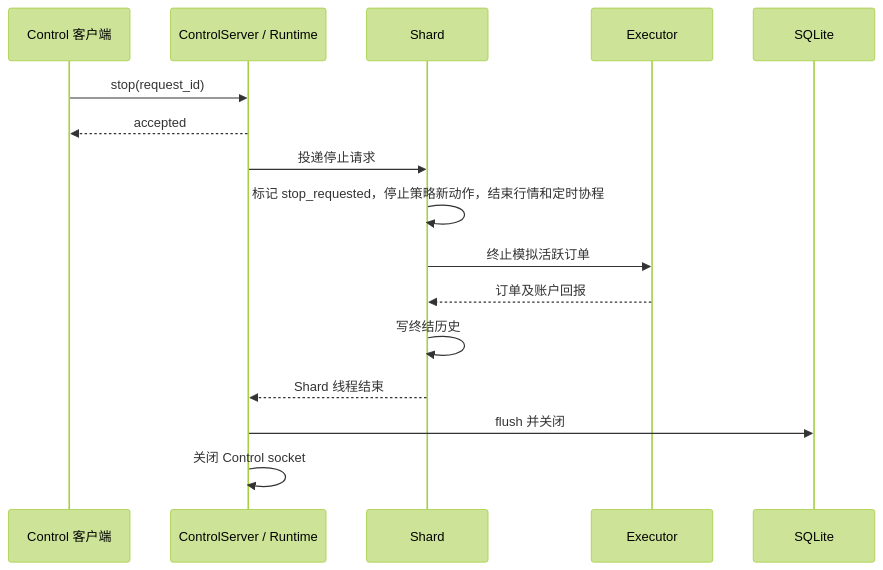
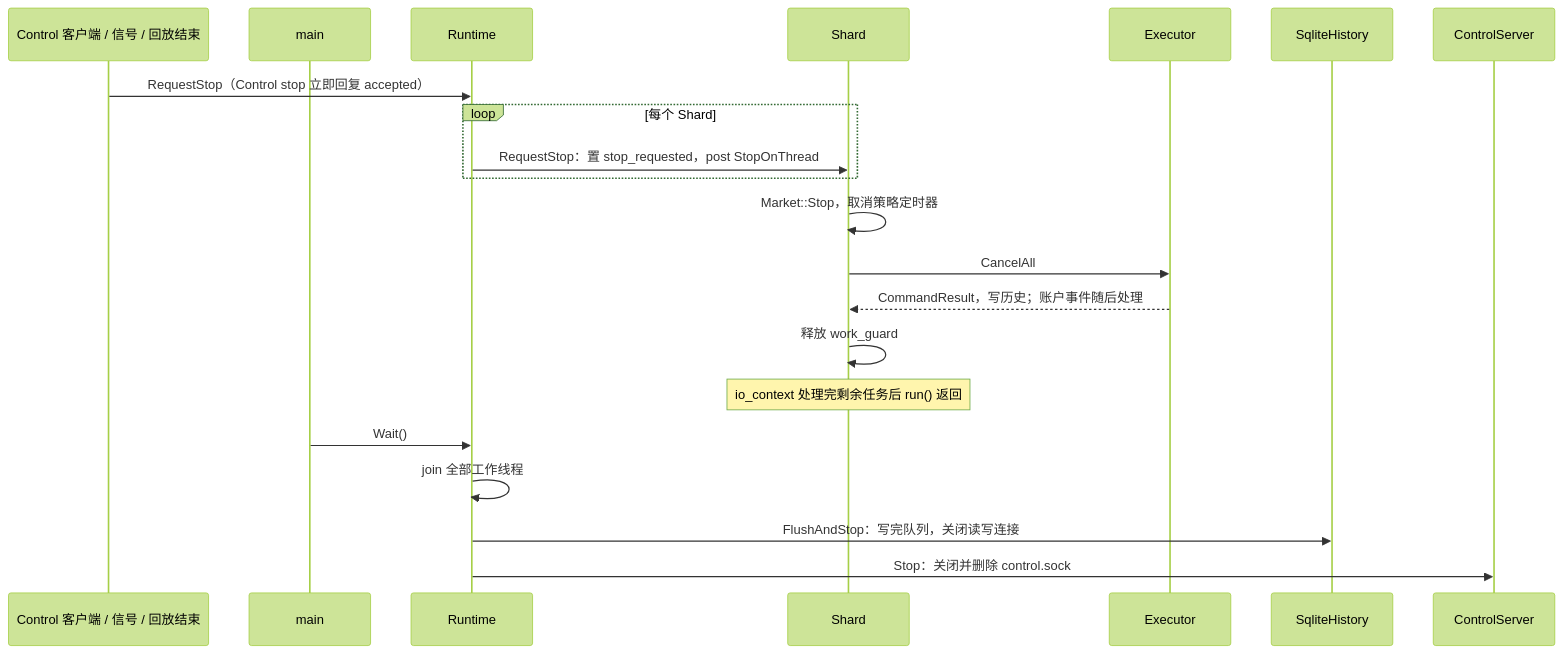
Before and after one commit to larrystd/hbot-quant: diagram 12 of 12 in docs/DESIGN.md, drawn with Mermaid (forest theme). The commit also changed other lines of this file and 57 other files, not shown here.

```diff
--- a/docs/DESIGN.md
+++ b/docs/DESIGN.md
@@ -484,18 +883,23 @@
 ~~~mermaid
 sequenceDiagram
-    participant C as Control 客户端
-    participant A as ControlServer / Runtime
+    participant C as Control 客户端 / 信号 / 回放结束
+    participant Main as main
+    participant R as Runtime
     participant S as Shard
     participant E as Executor
-    participant D as SQLite
-    C->>A: stop(request_id)
-    A-->>C: accepted
-    A->>S: 投递停止请求
-    S->>S: 标记 stop_requested，停止策略新动作，结束行情和定时协程
-    S->>E: 终止模拟活跃订单
-    E-->>S: 订单及账户回报
-    S->>S: 写终结历史
-    S-->>A: Shard 线程结束
-    A->>D: flush 并关闭
-    A->>A: 关闭 Control socket
+    participant H as SqliteHistory
+    participant CS as ControlServer
+    C->>R: RequestStop（Control stop 立即回复 accepted）
+    loop 每个 Shard
+        R->>S: RequestStop：置 stop_requested，post StopOnThread
+    end
+    S->>S: Market::Stop，取消策略定时器
+    S->>E: CancelAll
+    E-->>S: CommandResult，写历史；账户事件随后处理
+    S->>S: 释放 work_guard
+    Note over S: io_context 处理完剩余任务后 run() 返回
+    Main->>R: Wait()
+    R->>R: join 全部工作线程
+    R->>H: FlushAndStop：写完队列，关闭读写连接
+    R->>CS: Stop：关闭并删除 control.sock
 ~~~
```
